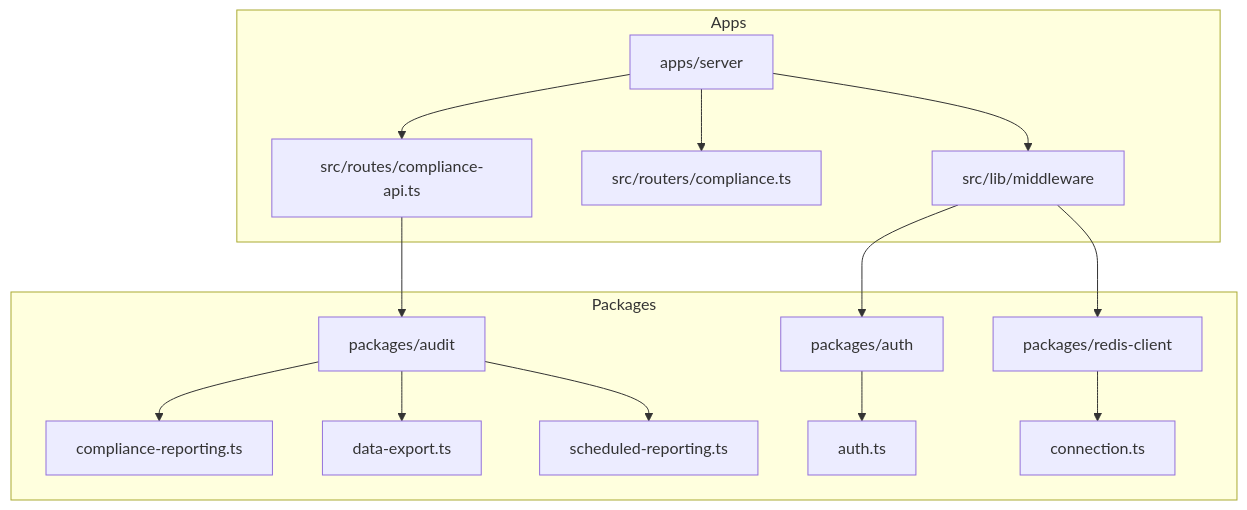
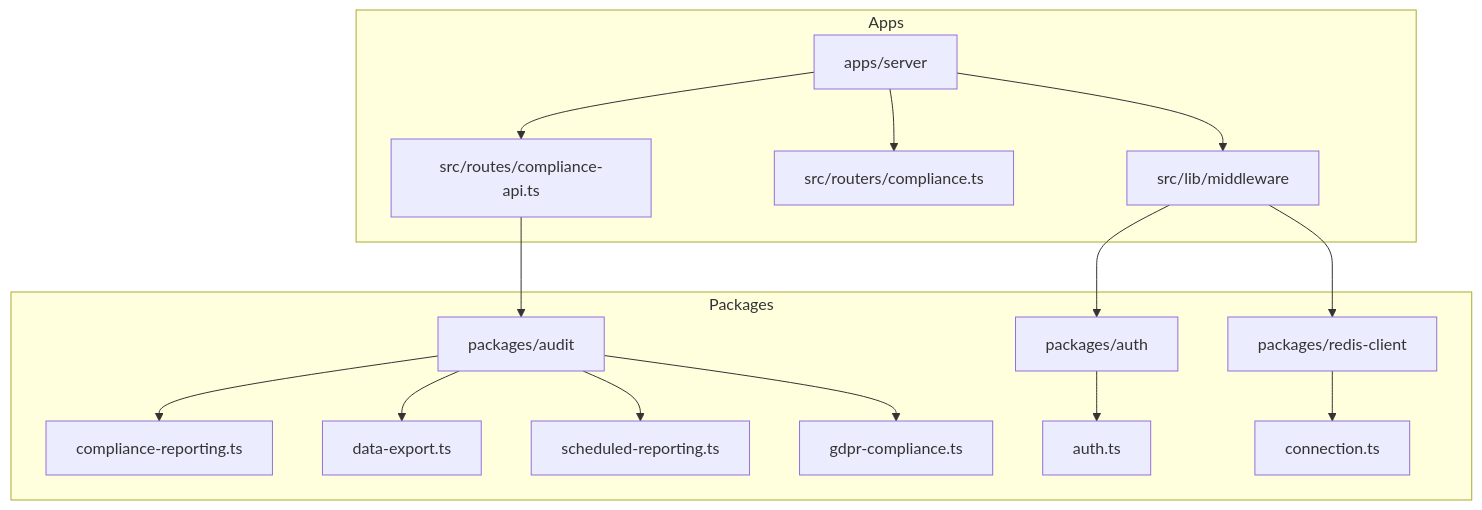
Before and after one commit to smedrec/smart-logs: the first of 7 diagrams in .qoder/repowiki/en/content/Server API/Compliance API.md, drawn with Mermaid. The commit also changed other lines of this file and 27 other files, not shown here.

````diff
--- a/.qoder/repowiki/en/content/Server API/Compliance API.md
+++ b/.qoder/repowiki/en/content/Server API/Compliance API.md
@@ -41,18 +49,19 @@
 ```mermaid
 graph TB
 subgraph "Apps"
 A[apps/server] --> B[src/routes/compliance-api.ts]
 A --> C[src/routers/compliance.ts]
 A --> D[src/lib/middleware]
 end
 subgraph "Packages"
 E[packages/audit] --> F[compliance-reporting.ts]
 E --> G[data-export.ts]
 E --> H[scheduled-reporting.ts]
+E --> I[gdpr-compliance.ts]
 P[packages/auth] --> Q[auth.ts]
 R[packages/redis-client] --> S[connection.ts]
 end
 B --> E
 D --> P
 D --> R
 ```
````
